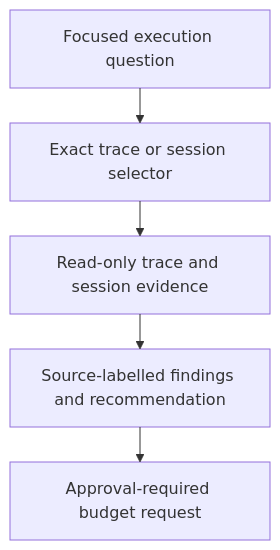
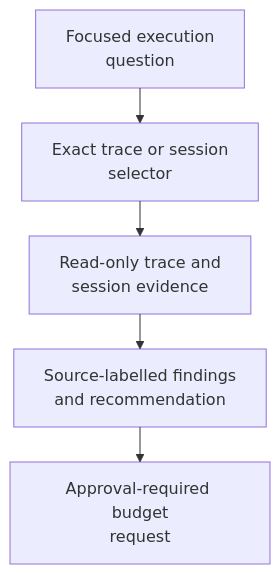
The diagram in agents/execution-advisor/as-is.md (abstract-business-systems/as-is), drawn with Mermaid before and after one commit. The commit also changed 47 other files, not shown here.

Commit message:
docs(diagrams): improve Mermaid readability validation

````diff
--- a/agents/execution-advisor/as-is.md
+++ b/agents/execution-advisor/as-is.md
@@ -20,11 +20,11 @@
 ```mermaid
 ---
 config:
   layout: elk
 ---
 flowchart TB
-    Question["Focused execution question"] --> Selector["Exact trace or session selector"]
-    Selector --> Evidence["Read-only trace and session evidence"]
-    Evidence --> Findings["Source-labelled findings and recommendation"]
-    Findings --> Request["Approval-required budget request"]
+    Question["Focused execution<br/>question"] --> Selector["Exact trace or session<br/>selector"]
+    Selector --> Evidence["Read-only trace and<br/>session evidence"]
+    Evidence --> Findings["Source-labelled findings<br/>and recommendation"]
+    Findings --> Request["Approval-required budget<br/>request"]
 ```
````
